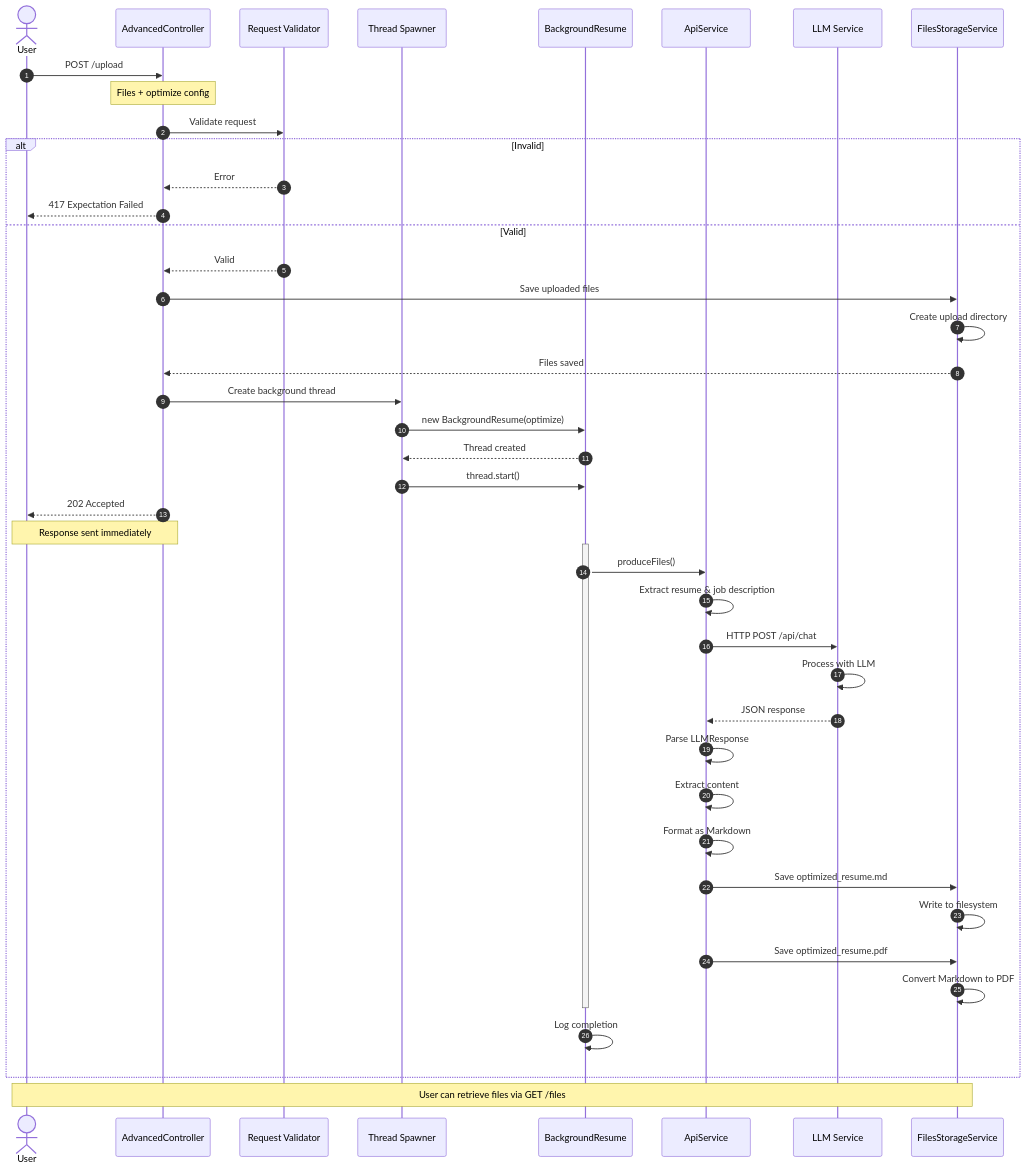
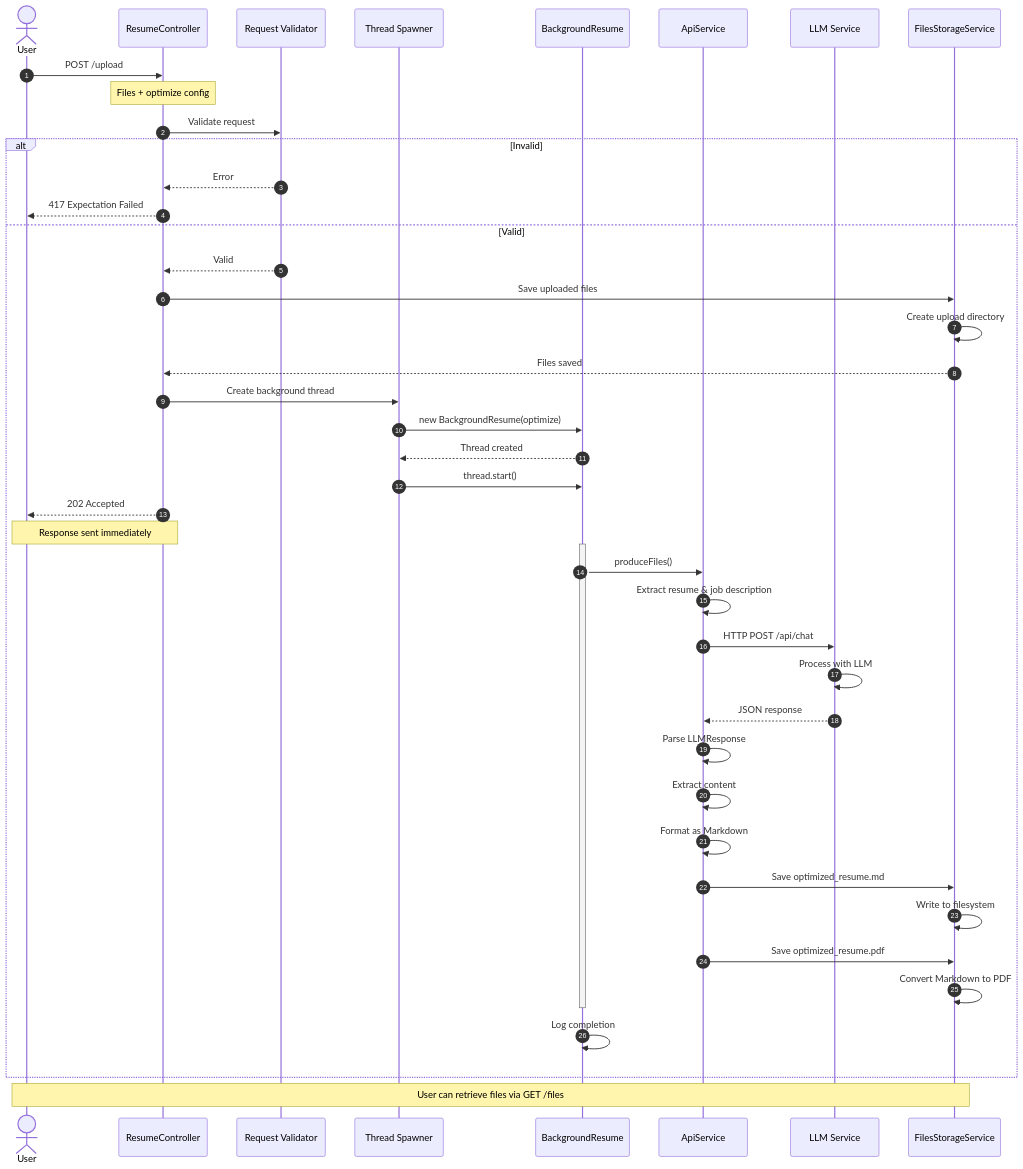
Before and after one commit to pbaletkeman/java-resumes: the fifth of 11 diagrams in docs/Architecture.md, drawn with Mermaid. The commit also changed other lines of this file and 26 other files, not shown here.

````diff
--- a/docs/Architecture.md
+++ b/docs/Architecture.md
@@ -343,59 +343,59 @@
 ```mermaid
 sequenceDiagram
     autonumber
 
     actor User
-    participant Controller as AdvancedController
+    participant Controller as ResumeController
     participant Validator as Request Validator
     participant Spawner as Thread Spawner
     participant Background as BackgroundResume
     participant Optimizer as ApiService
     participant LLMApi as LLM Service
     participant FileOps as FilesStorageService
 
     User->>Controller: POST /upload
     Note over Controller: Files + optimize config
 
     Controller->>Validator: Validate request
     alt Invalid
         Validator-->>Controller: Error
         Controller-->>User: 417 Expectation Failed
     else Valid
         Validator-->>Controller: Valid
         Controller->>FileOps: Save uploaded files
         FileOps->>FileOps: Create upload directory
         FileOps-->>Controller: Files saved
 
         Controller->>Spawner: Create background thread
         Spawner->>Background: new BackgroundResume(optimize)
         Background-->>Spawner: Thread created
         Spawner->>Background: thread.start()
 
         Controller-->>User: 202 Accepted
         Note over Controller,User: Response sent immediately
 
         activate Background
         Background->>Optimizer: produceFiles()
 
         Optimizer->>Optimizer: Extract resume & job description
         Optimizer->>LLMApi: HTTP POST /api/chat
 
         LLMApi->>LLMApi: Process with LLM
         LLMApi-->>Optimizer: JSON response
 
         Optimizer->>Optimizer: Parse LLMResponse
         Optimizer->>Optimizer: Extract content
         Optimizer->>Optimizer: Format as Markdown
 
         Optimizer->>FileOps: Save optimized_resume.md
         FileOps->>FileOps: Write to filesystem
 
         Optimizer->>FileOps: Save optimized_resume.pdf
         FileOps->>FileOps: Convert Markdown to PDF
 
         deactivate Background
         Background->>Background: Log completion
     end
 
     Note over User,FileOps: User can retrieve files via GET /files
 ```
````
